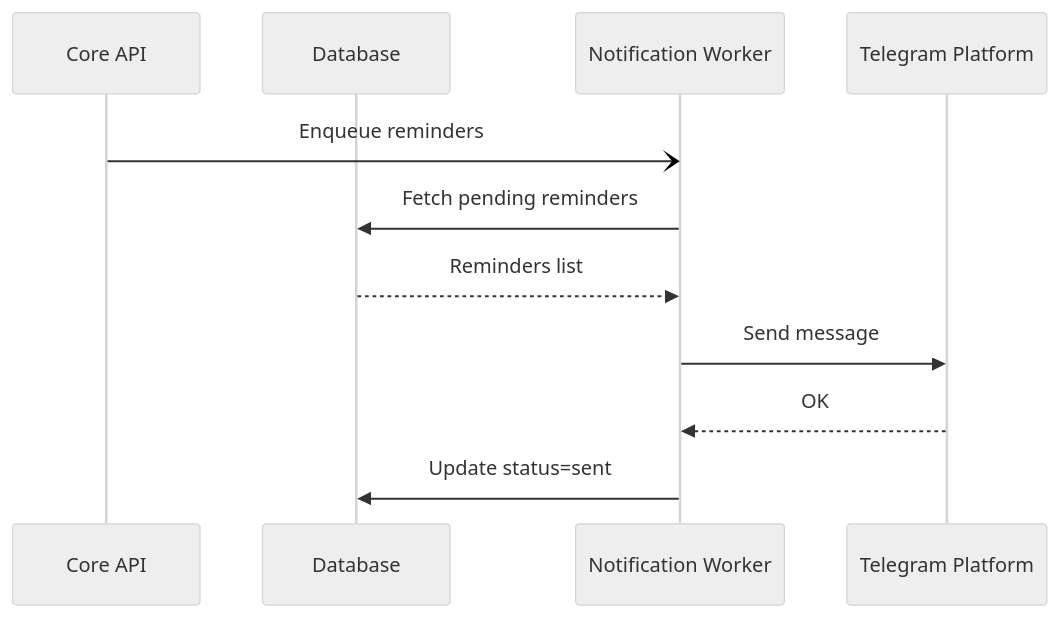
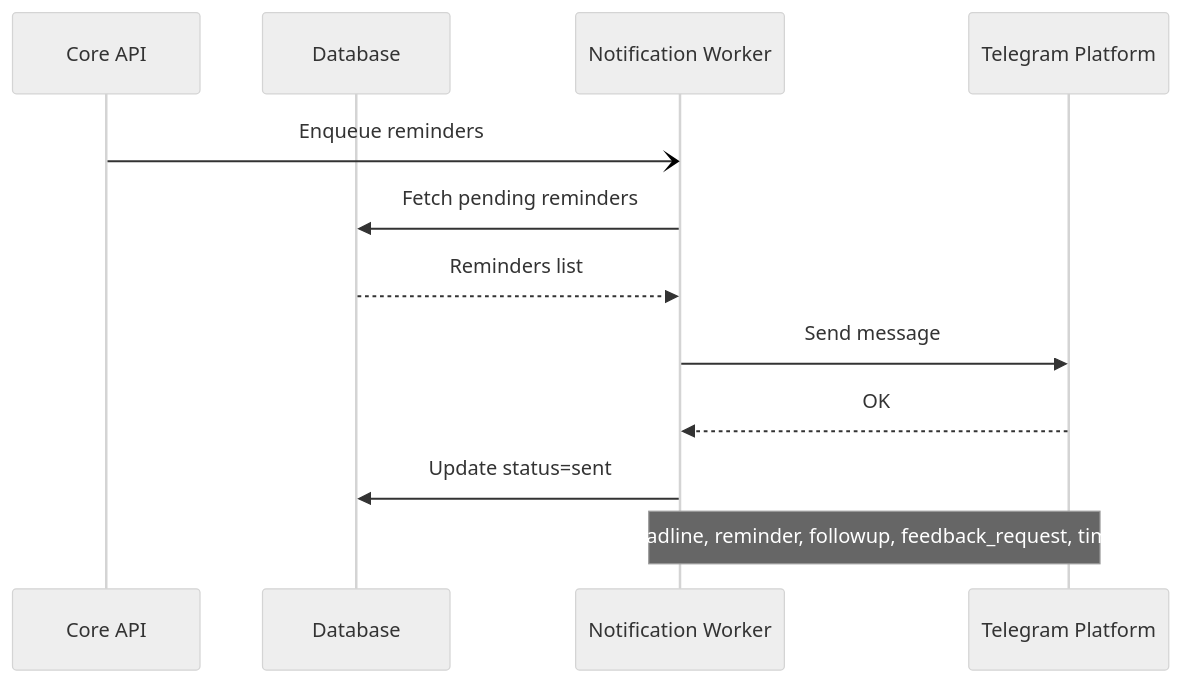
Before and after one commit to demoday-ai/eventai-platform: the fourth of 8 diagrams in docs/02-specification/09-sequence-diagrams.md, drawn with Mermaid (neutral theme). The commit also changed other lines of this file and 7 other files, not shown here.

````diff
--- a/docs/02-specification/09-sequence-diagrams.md
+++ b/docs/02-specification/09-sequence-diagrams.md
@@ -143,14 +168,16 @@
 ```mermaid
 sequenceDiagram
     participant A as Core API
     participant D as Database
     participant W as Notification Worker
     participant T as Telegram Platform
 
     A-)W: Enqueue reminders
     W->>D: Fetch pending reminders
     D-->>W: Reminders list
     W->>T: Send message
     T-->>W: OK
     W->>D: Update status=sent
+
+    Note over W,T: Типы: deadline, reminder, followup, feedback_request, timing_shift
 ```
````
